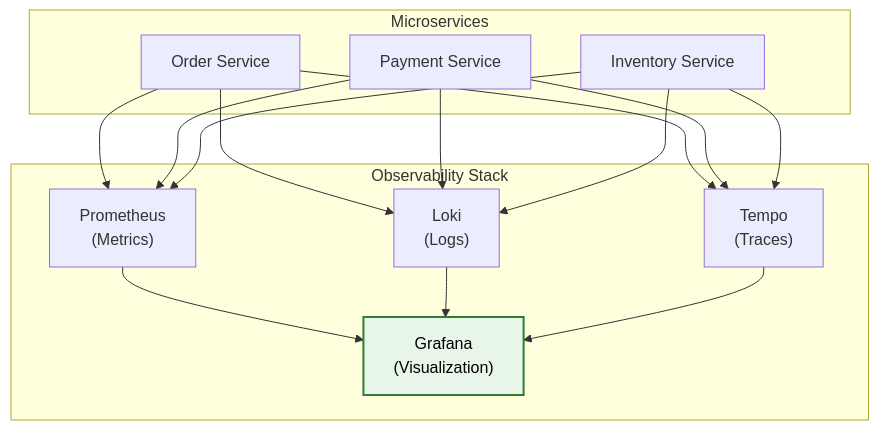
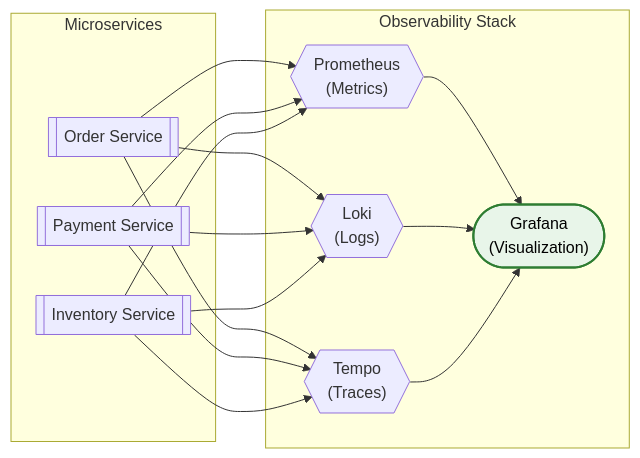
One commit to saivamsikaruturi/vamsilabs-dev-notes-main changed the fifth of 5 diagrams in docs/microservices/Observability.md. Above: the diagram before and after it, drawn with Mermaid. The commit also changed other lines of this file and 146 other files, not shown here.

Commit message:
Horizontal diagrams, UML class diagrams, typography overhaul, and permalink cleanup

````diff
--- a/docs/microservices/Observability.md
+++ b/docs/microservices/Observability.md
@@ -216,30 +216,30 @@
 ```mermaid
-flowchart TD
+flowchart LR
     subgraph Services["Microservices"]
-        S1["Order Service"]
-        S2["Payment Service"]
-        S3["Inventory Service"]
+        S1[["Order Service"]]
+        S2[["Payment Service"]]
+        S3[["Inventory Service"]]
     end
     
     subgraph Observability["Observability Stack"]
-        P["Prometheus<br/>(Metrics)"]
-        L["Loki<br/>(Logs)"]
-        T["Tempo<br/>(Traces)"]
-        G["Grafana<br/>(Visualization)"]
+        P{{"Prometheus<br/>(Metrics)"}}
+        L{{"Loki<br/>(Logs)"}}
+        T{{"Tempo<br/>(Traces)"}}
+        G(["Grafana<br/>(Visualization)"])
     end
     
     S1 --> P
     S1 --> L
     S1 --> T
     S2 --> P
     S2 --> L
     S2 --> T
     S3 --> P
     S3 --> L
     S3 --> T
     P --> G
     L --> G
     T --> G
 
     style G fill:#E8F5E9,stroke:#2E7D32,stroke-width:2px,color:#000
 ```
````
